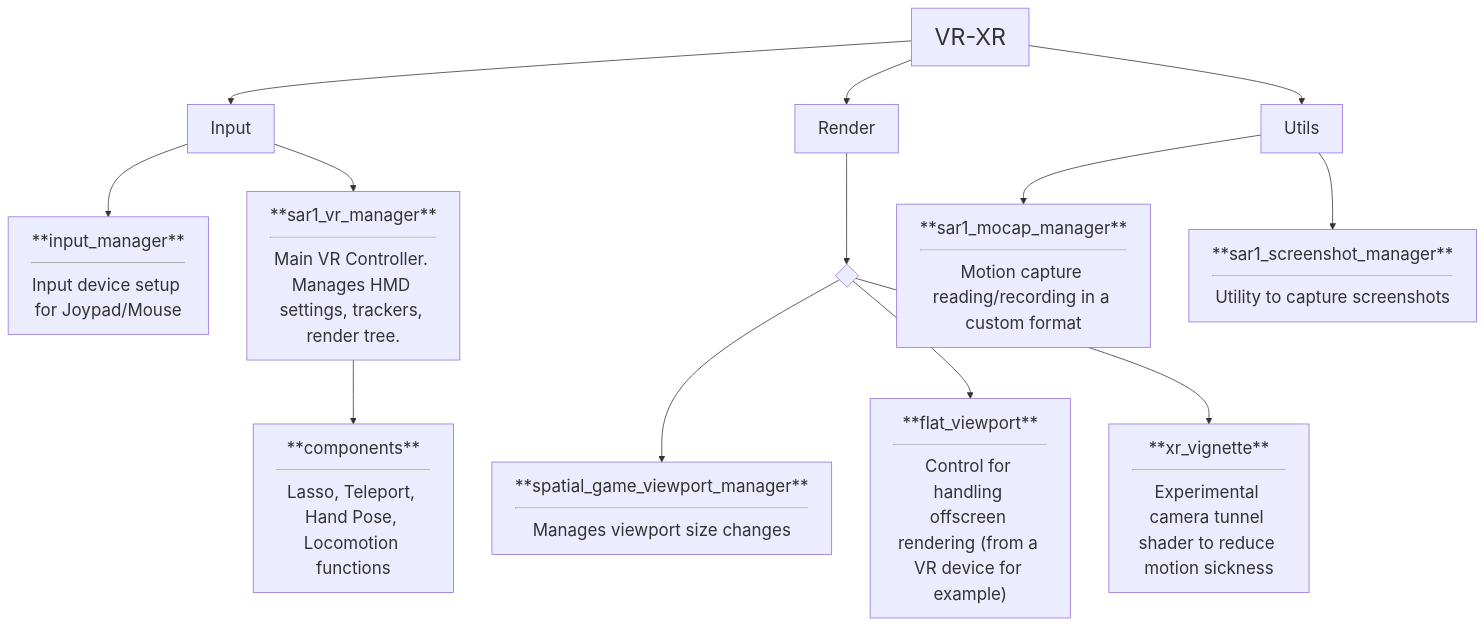
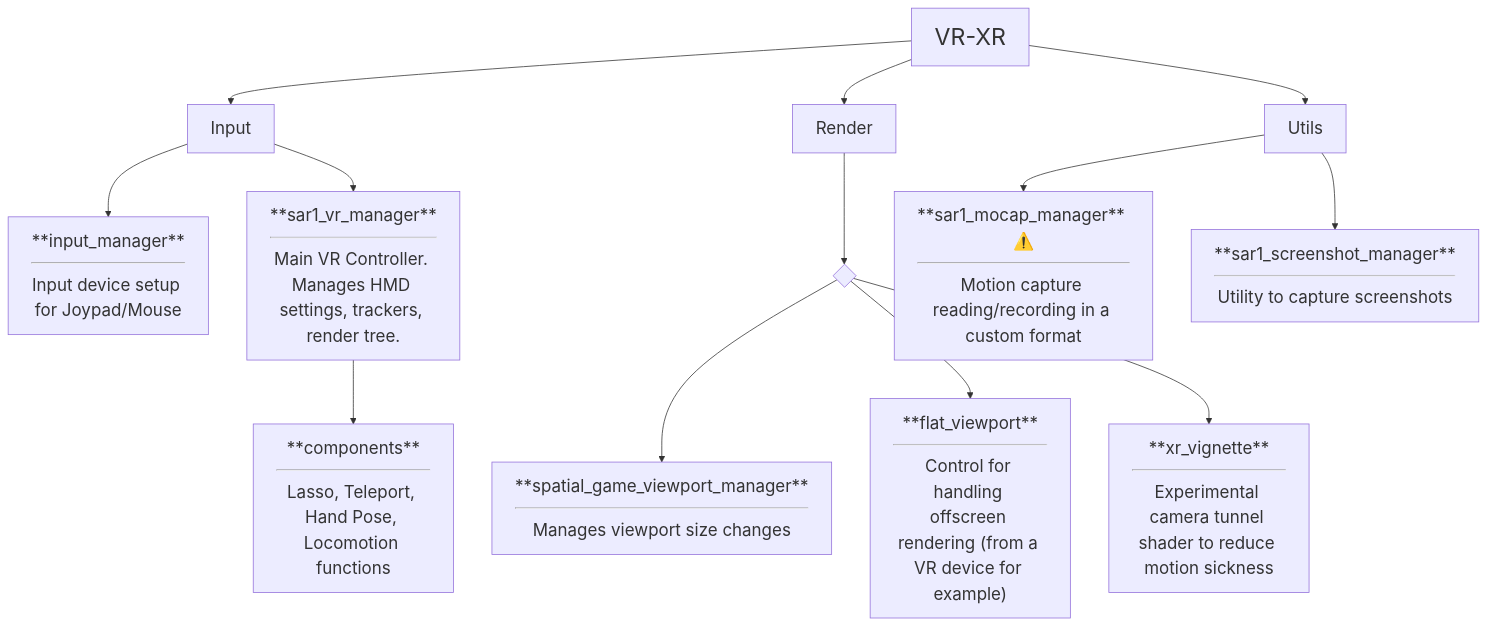
One commit to dragonhunt02/v-sekai-game changed the sixth of 9 diagrams in test2.md. Above: the diagram before and after it, drawn with Mermaid. The commit also changed other lines of this file, not shown here.

````diff
--- a/test2.md
+++ b/test2.md
@@ -74,19 +79,19 @@
 ```mermaid
 %%{init: {'themeVariables': { 'fontSize': '22px' }}}%%
 flowchart TD
         VR-XR --> Input
         Input --> addon21[**input_manager**<hr>Input device setup for Joypad/Mouse]
         Input --> addon20[**sar1_vr_manager**<hr>Main VR Controller. Manages HMD settings, trackers, render tree.]
             addon20 --> dir0[**components**<hr>Lasso, Teleport, Hand Pose, Locomotion functions]
         VR-XR --> Render
         Render --> ctrl5{" "}
         ctrl5 --> addon13[**spatial_game_viewport_manager**<hr>Manages viewport size changes]
         ctrl5 --> addon29["**flat_viewport**<hr>Control for handling offscreen rendering (from a VR device for example)"]
         ctrl5 --> addon0[**xr_vignette**<hr>Experimental camera tunnel shader to reduce motion sickness]
         VR-XR --> Utils
-        Utils --> addon18[**sar1_mocap_manager**<hr>Motion capture reading/recording in a custom format]
+        Utils --> addon18[**sar1_mocap_manager** ⚠️<hr>Motion capture reading/recording in a custom format]
         Utils --> addon19[**sar1_screenshot_manager**<hr>Utility to capture screenshots]
     classDef Category font-size:30px
     class VR-XR Category
 
 ```
````
